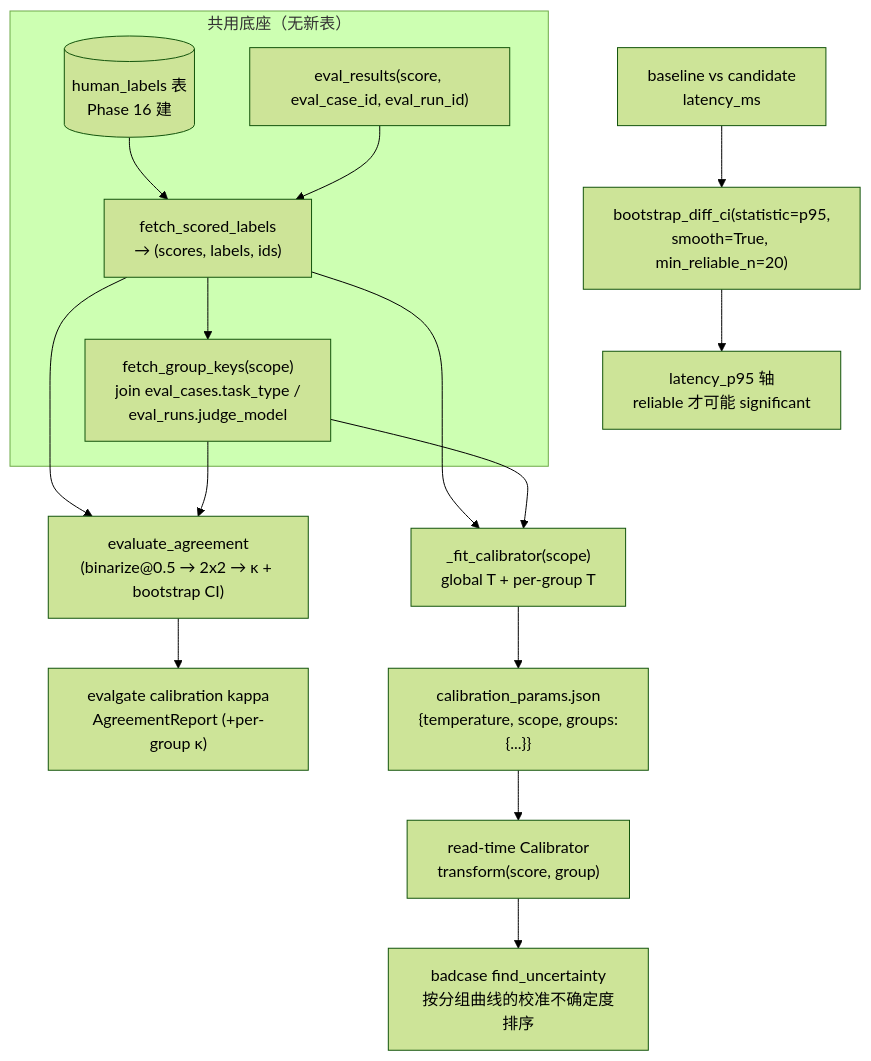
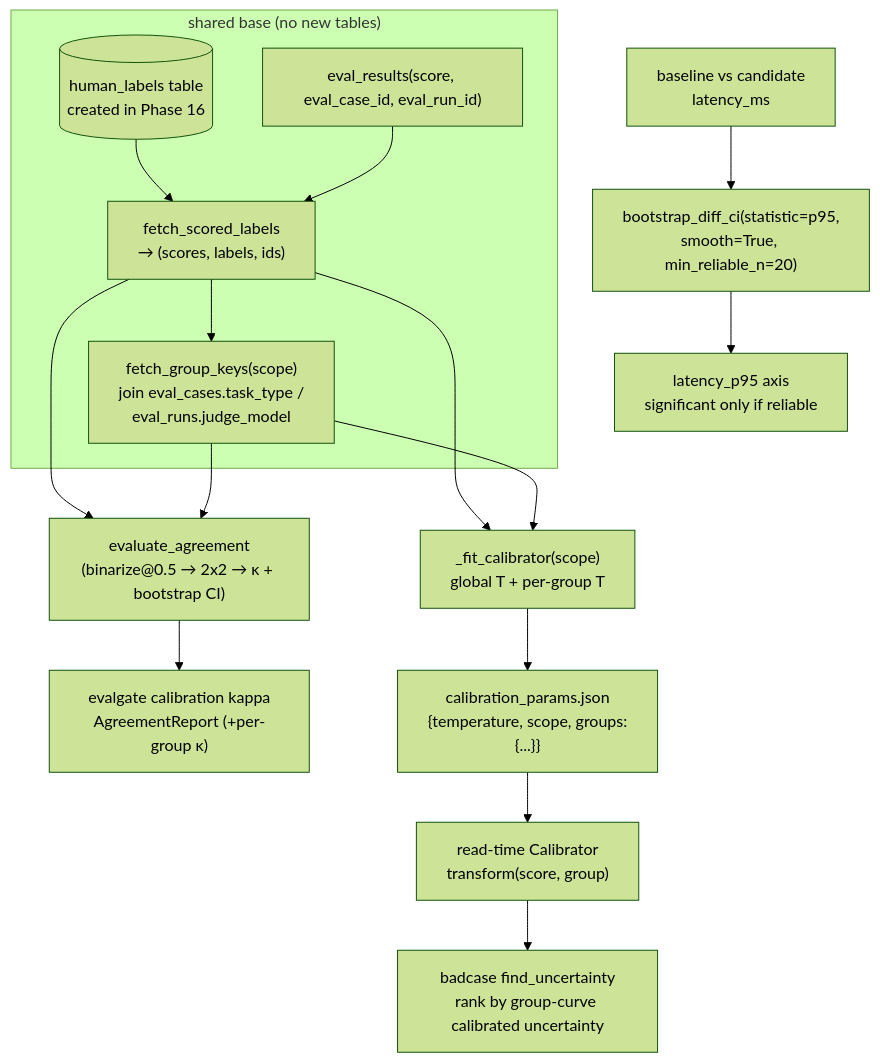
One commit to AndyUneducated/eval-gate changed the diagram in docs/PHASE_17_PLAN.md. Above: the diagram before and after it, drawn with Mermaid (forest theme). The commit also changed other lines of this file and 22 other files, not shown here.

````diff
--- a/docs/PHASE_17_PLAN.md
+++ b/docs/PHASE_17_PLAN.md
@@ -9,21 +9,21 @@
 ```mermaid
 flowchart TD
-  subgraph shared["共用底座（无新表）"]
-    HL[("human_labels 表<br/>Phase 16 建")] --> Pairs
+  subgraph shared["shared base (no new tables)"]
+    HL[("human_labels table<br/>created in Phase 16")] --> Pairs
     Run["eval_results(score, eval_case_id, eval_run_id)"] --> Pairs["fetch_scored_labels<br/>→ (scores, labels, ids)"]
     Pairs --> GK["fetch_group_keys(scope)<br/>join eval_cases.task_type /<br/>eval_runs.judge_model"]
   end
 
   Pairs --> Kap["evaluate_agreement<br/>(binarize@0.5 → 2x2 → κ + bootstrap CI)"]
   GK --> Kap
   Kap --> KRep["evalgate calibration kappa<br/>AgreementReport (+per-group κ)"]
 
   Pairs --> Cal["_fit_calibrator(scope)<br/>global T + per-group T"]
   GK --> Cal
   Cal --> Params["calibration_params.json<br/>{temperature, scope, groups:{...}}"]
   Params --> RT["read-time Calibrator<br/>transform(score, group)"]
-  RT --> Bad["badcase find_uncertainty<br/>按分组曲线的校准不确定度排序"]
+  RT --> Bad["badcase find_uncertainty<br/>rank by group-curve calibrated uncertainty"]
 
   Base["baseline vs candidate<br/>latency_ms"] --> P95["bootstrap_diff_ci(statistic=p95,<br/>smooth=True, min_reliable_n=20)"]
-  P95 --> Gate["latency_p95 轴<br/>reliable 才可能 significant"]
+  P95 --> Gate["latency_p95 axis<br/>significant only if reliable"]
 ```
````
